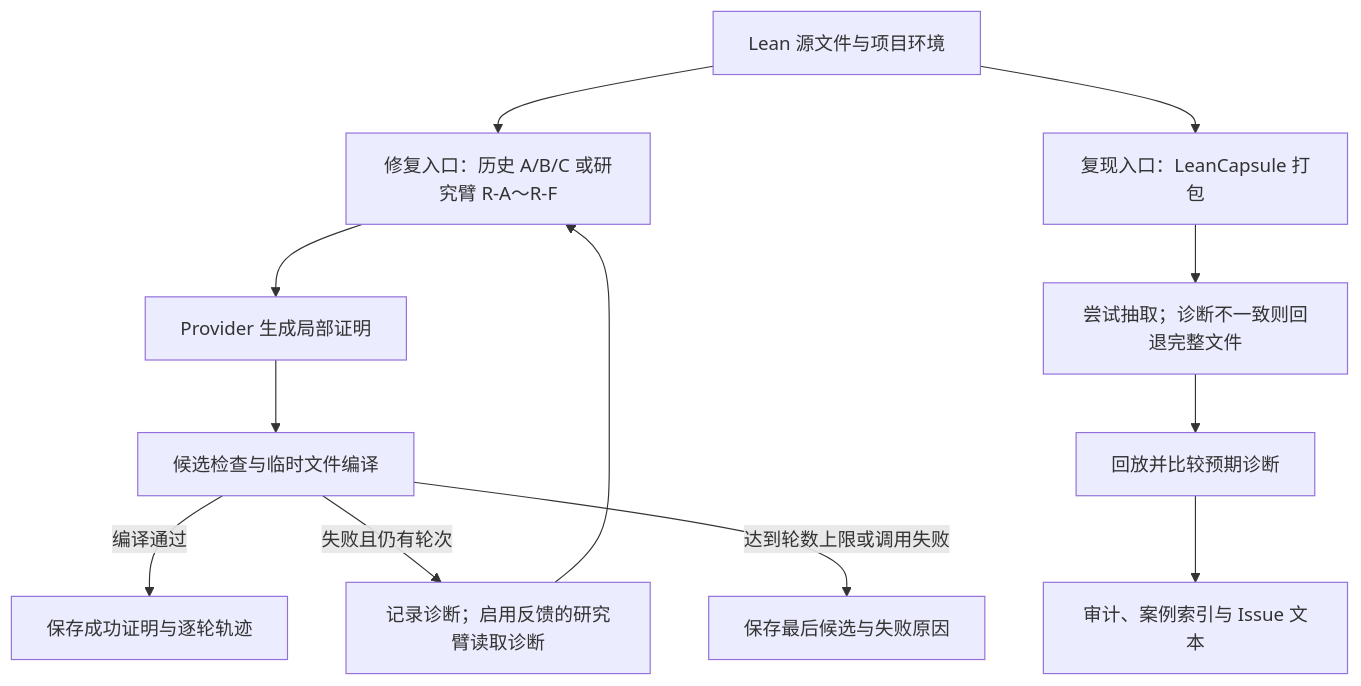
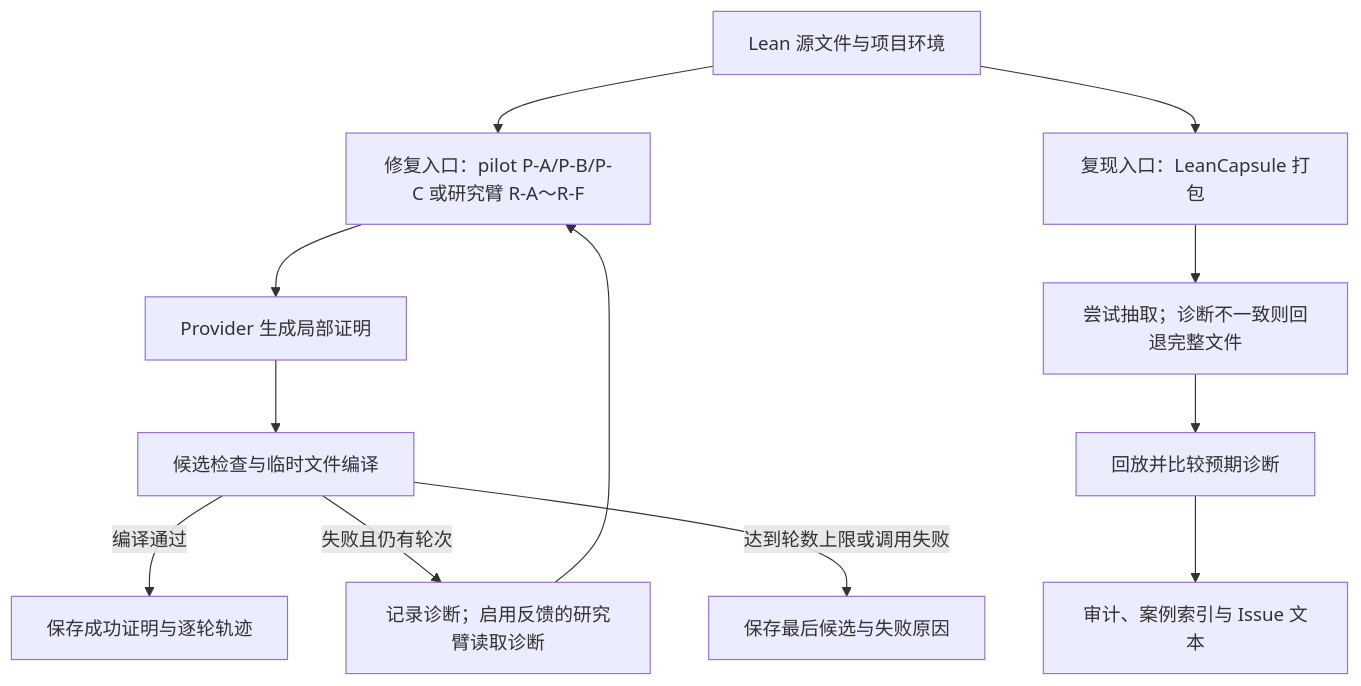
One commit to runqi-allen-wang/TRACER-Typed-Repair-Agent-with-Compiler-validated-Example-Retrieval changed the diagram in README.zh-CN.md. Above: the diagram before and after it, drawn with Mermaid. The commit also changed other lines of this file and 4 other files, not shown here.

````diff
--- a/README.zh-CN.md
+++ b/README.zh-CN.md
@@ -76,14 +76,14 @@
 ```mermaid
 flowchart TD
-    S["Lean 源文件与项目环境"] --> A["修复入口：历史 A/B/C 或研究臂 R-A～R-F"]
+    S["Lean 源文件与项目环境"] --> A["修复入口：pilot P-A/P-B/P-C 或研究臂 R-A～R-F"]
     A --> P["Provider 生成局部证明"]
     P --> V["候选检查与临时文件编译"]
     V -->|"编译通过"| O["保存成功证明与逐轮轨迹"]
     V -->|"失败且仍有轮次"| F["记录诊断；启用反馈的研究臂读取诊断"]
     F --> A
     V -->|"达到轮数上限或调用失败"| E["保存最后候选与失败原因"]
     S --> K["复现入口：LeanCapsule 打包"]
     K --> X["尝试抽取；诊断不一致则回退完整文件"]
     X --> R["回放并比较预期诊断"]
     R --> G["审计、案例索引与 Issue 文本"]
 ```
````
